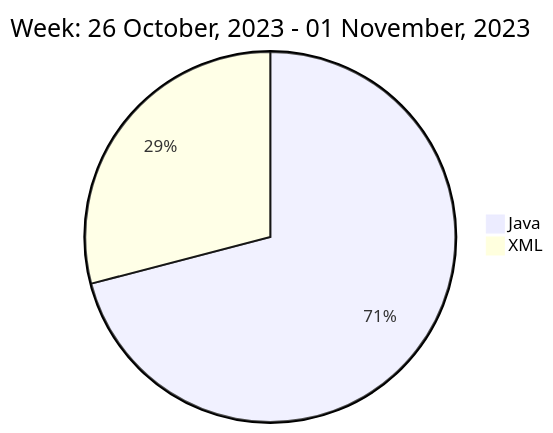
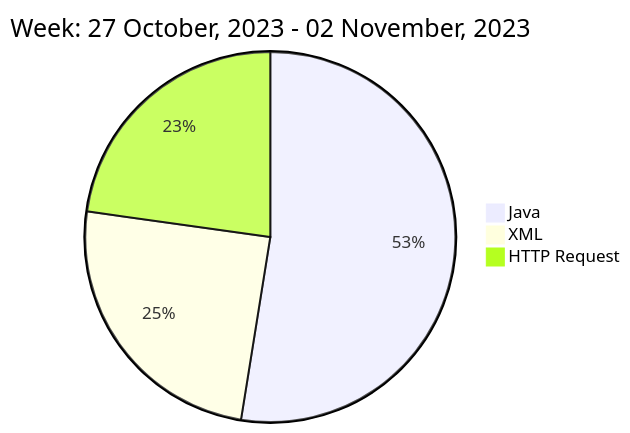
One commit to liubin95/liubin95 changed the diagram in README.md. Above: the diagram before and after it, drawn with Mermaid.

Commit message:
Updated the Graph with new Metrics

````diff
--- a/README.md
+++ b/README.md
@@ -40,6 +40,7 @@
 ```mermaid
  pie
-title Week: 26 October, 2023 - 01 November, 2023
- "Java" : 3.98
- "XML" : 1.63
+title Week: 27 October, 2023 - 02 November, 2023
+ "Java" : 4.15
+ "XML" : 1.95
+ "HTTP Request" : 1.8
 ```
````
